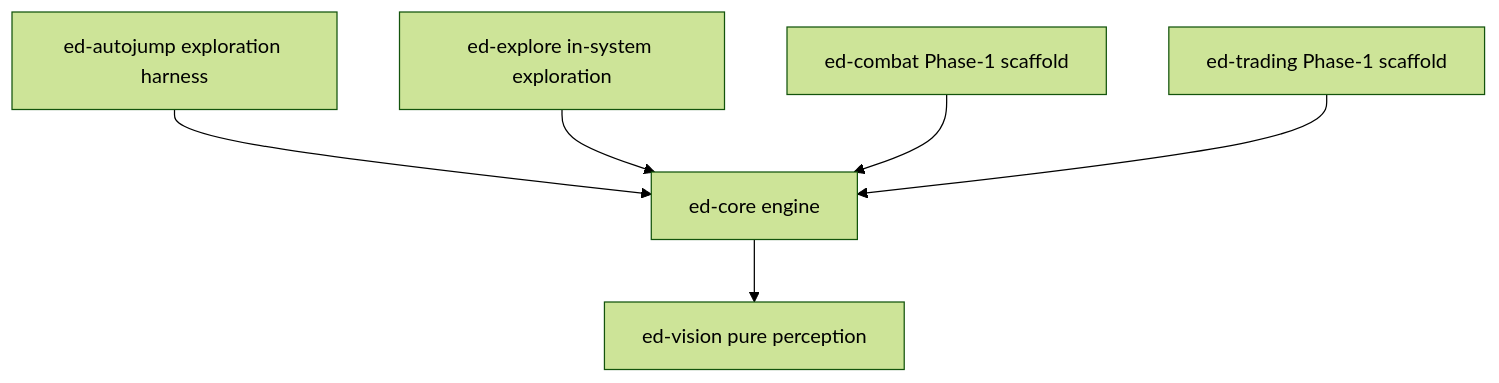
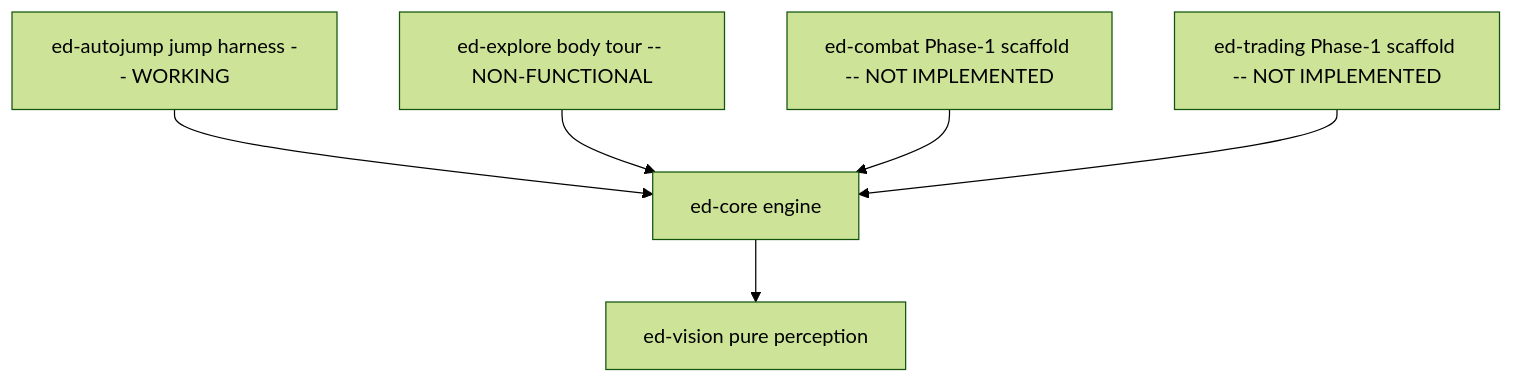
Before and after one commit to Quadstronaut/ED-AFK: the first of 2 diagrams in README.md, drawn with Mermaid (forest theme). The commit also changed other lines of this file and 1 other file, not shown here.

First line of the commit message:
docs: say plainly which subsystems work and which do not

````diff
--- a/README.md
+++ b/README.md
@@ -139,8 +153,8 @@
 ```mermaid
 flowchart TD
-    autojump[ed-autojump exploration harness] --> core[ed-core engine]
-    explore[ed-explore in-system exploration] --> core
-    combat[ed-combat Phase-1 scaffold] --> core
-    trading[ed-trading Phase-1 scaffold] --> core
+    autojump[ed-autojump jump harness -- WORKING] --> core[ed-core engine]
+    explore[ed-explore body tour -- NON-FUNCTIONAL] --> core
+    combat[ed-combat Phase-1 scaffold -- NOT IMPLEMENTED] --> core
+    trading[ed-trading Phase-1 scaffold -- NOT IMPLEMENTED] --> core
     core --> vision[ed-vision pure perception]
 ```
````
